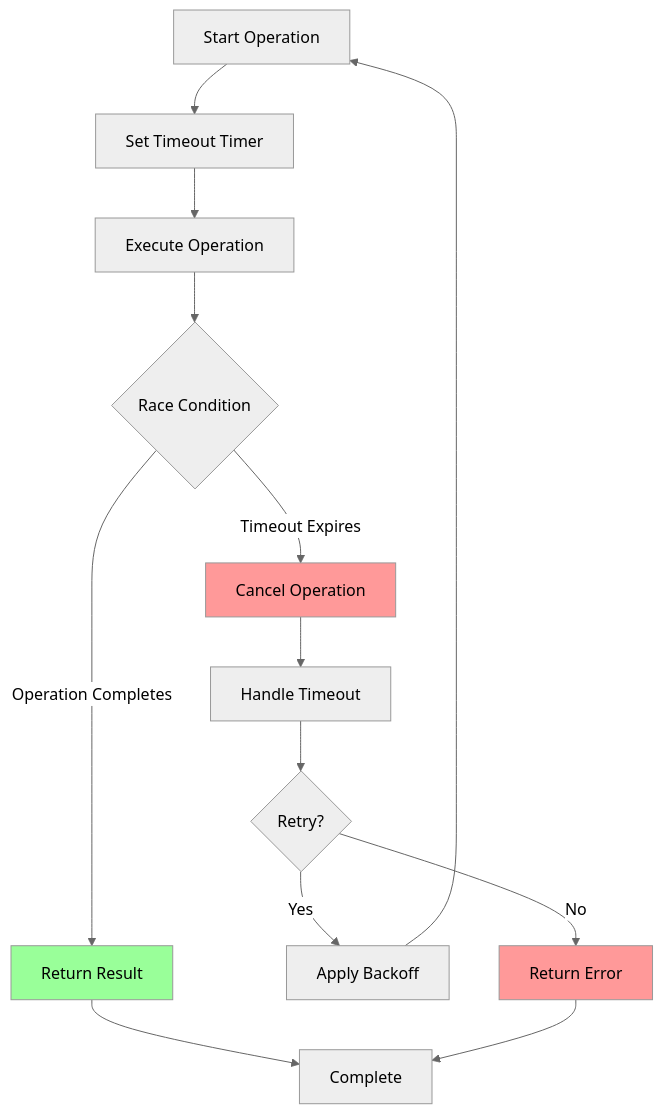
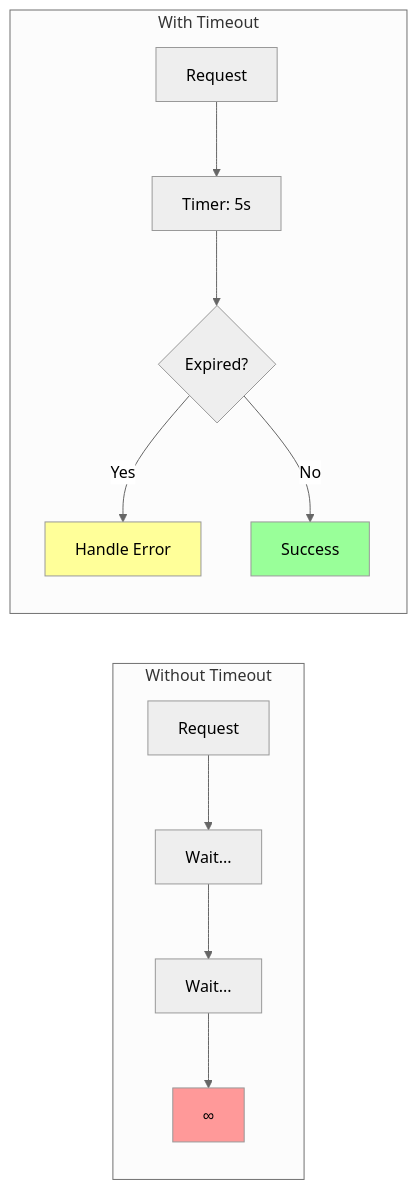
One commit to deepaucksharma/DStudio changed the first of 4 diagrams in docs/patterns/timeout.md. Above: the diagram before and after it, drawn with Mermaid (neutral theme). The commit also changed other lines of this file and 86 other files, not shown here.

````diff
--- a/docs/patterns/timeout.md
+++ b/docs/patterns/timeout.md
@@ -71,25 +45,16 @@
 ```mermaid
-flowchart TD
-    Start[Start Operation] --> SetTimer[Set Timeout Timer]
-    SetTimer --> Execute[Execute Operation]
+flowchart LR
+    subgraph "Without Timeout"
+        R1[Request] --> W1[Wait...] --> W2[Wait...] --> W3[∞]
+    end
     
-    Execute --> Race{Race Condition}
+    subgraph "With Timeout"
+        R2[Request] --> T[Timer: 5s] --> E{Expired?}
+        E -->|Yes| H[Handle Error]
+        E -->|No| S[Success]
+    end
     
-    Race -->|Operation Completes| Success[Return Result]
-    Race -->|Timeout Expires| Timeout[Cancel Operation]
-    
-    Timeout --> HandleTimeout[Handle Timeout]
-    HandleTimeout --> Retry{Retry?}
-    
-    Retry -->|Yes| Backoff[Apply Backoff]
-    Retry -->|No| Fail[Return Error]
-    
-    Backoff --> Start
-    
-    Success --> End[Complete]
-    Fail --> End
-    
-    style Success fill:#9f9
-    style Timeout fill:#f99
-    style Fail fill:#f99
+    style W3 fill:#f99
+    style S fill:#9f9
+    style H fill:#ff9
 ```
````
